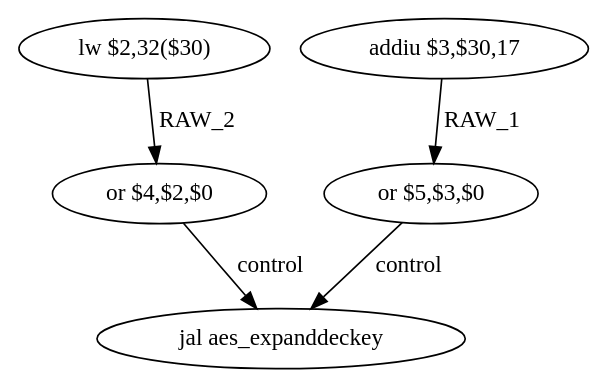
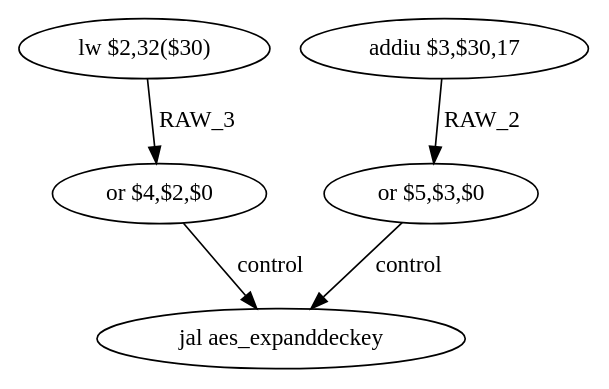
Before and after one commit to Shaolans/CA_CFG_ASM: the diagram in CodeEtudiant/tmp/_func_14_dfg_bb5.dot, drawn with Graphviz. The commit also changed 145 other files, not shown here.

```diff
--- a/CodeEtudiant/tmp/_func_14_dfg_bb5.dot
+++ b/CodeEtudiant/tmp/_func_14_dfg_bb5.dot
@@ -1,12 +1,12 @@
 digraph G1 {
 node [shape = ellipse];
 i0 [label = "lw $2,32($30)"] ;
-i0 ->  i2 [label= "RAW_2"];
+i0 ->  i2 [label= "RAW_3"];
 i2 [label = "or $4,$2,$0"] ;
 i2 ->  i4 [label= "control"];
 i4 [label = "jal aes_expanddeckey"] ;
 i1 [label = "addiu $3,$30,17"] ;
-i1 ->  i3 [label= "RAW_1"];
+i1 ->  i3 [label= "RAW_2"];
 i3 [label = "or $5,$3,$0"] ;
 i3 ->  i4 [label= "control"];
 }
```
